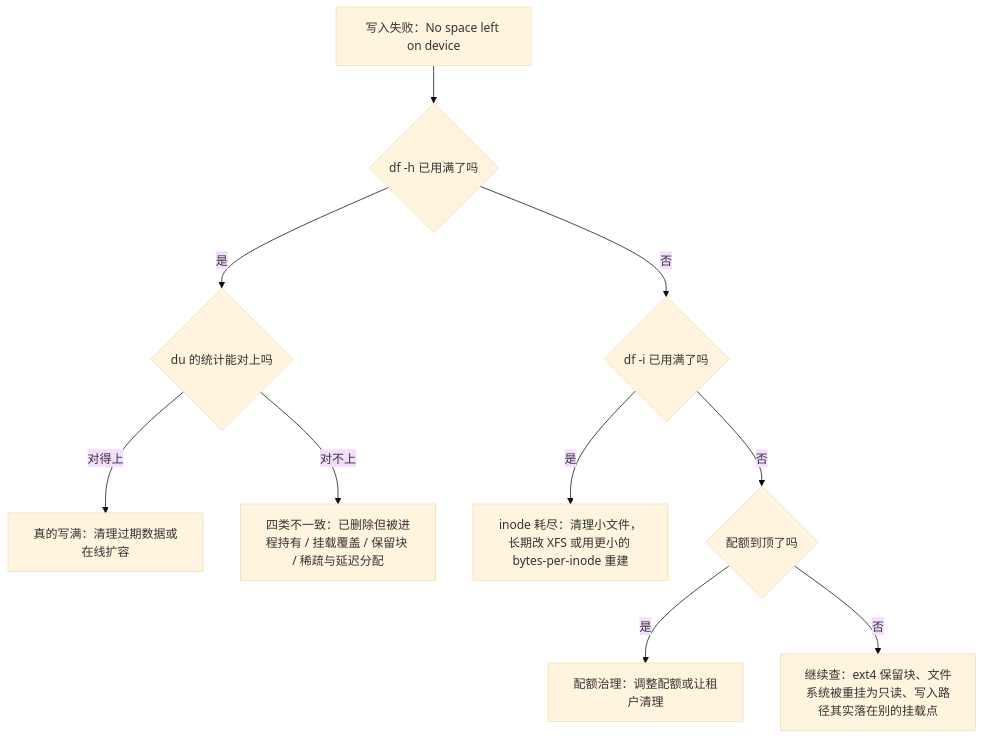
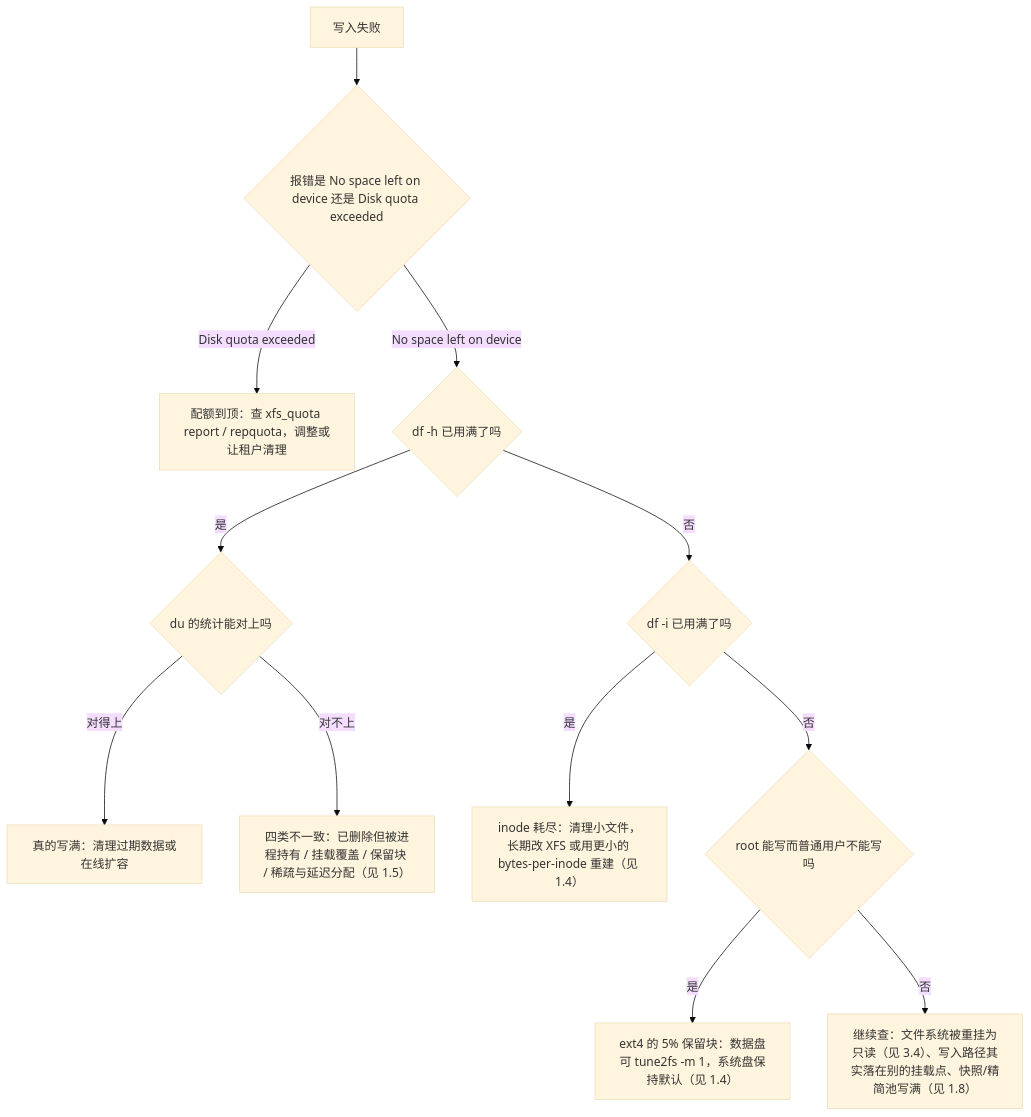
The diagram in Linux/05_存储与文件系统.md (realtyz/ops-manual), drawn with Mermaid (base theme) before and after one commit. The commit also changed other lines of this file and 19 other files, not shown here.

````diff
--- a/Linux/05_存储与文件系统.md
+++ b/Linux/05_存储与文件系统.md
@@ -168,12 +589,14 @@
 ```mermaid
 flowchart TD
-  A["写入失败：No space left on device"] --> B{"df -h 已用满了吗"}
-  B -- "是" --> C{"du 的统计能对上吗"}
-  C -- "对得上" --> D["真的写满：清理过期数据或在线扩容"]
-  C -- "对不上" --> E["四类不一致：已删除但被进程持有 / 挂载覆盖 / 保留块 / 稀疏与延迟分配"]
-  B -- "否" --> F{"df -i 已用满了吗"}
-  F -- "是" --> G["inode 耗尽：清理小文件，长期改 XFS 或用更小的 bytes-per-inode 重建"]
-  F -- "否" --> H{"配额到顶了吗"}
-  H -- "是" --> I["配额治理：调整配额或让租户清理"]
-  H -- "否" --> J["继续查：ext4 保留块、文件系统被重挂为只读、写入路径其实落在别的挂载点"]
+  A["写入失败"] --> B{"报错是 No space left on device 还是 Disk quota exceeded"}
+  B -- "Disk quota exceeded" --> Q["配额到顶：查 xfs_quota report / repquota，调整或让租户清理"]
+  B -- "No space left on device" --> C{"df -h 已用满了吗"}
+  C -- "是" --> D{"du 的统计能对上吗"}
+  D -- "对得上" --> E["真的写满：清理过期数据或在线扩容"]
+  D -- "对不上" --> F["四类不一致：已删除但被进程持有 / 挂载覆盖 / 保留块 / 稀疏与延迟分配（见 1.5）"]
+  C -- "否" --> G{"df -i 已用满了吗"}
+  G -- "是" --> H["inode 耗尽：清理小文件，长期改 XFS 或用更小的 bytes-per-inode 重建（见 1.4）"]
+  G -- "否" --> I{"root 能写而普通用户不能写吗"}
+  I -- "是" --> J["ext4 的 5% 保留块：数据盘可 tune2fs -m 1，系统盘保持默认（见 1.4）"]
+  I -- "否" --> K["继续查：文件系统被重挂为只读（见 3.4）、写入路径其实落在别的挂载点、快照/精简池写满（见 1.8）"]
 ```
````
